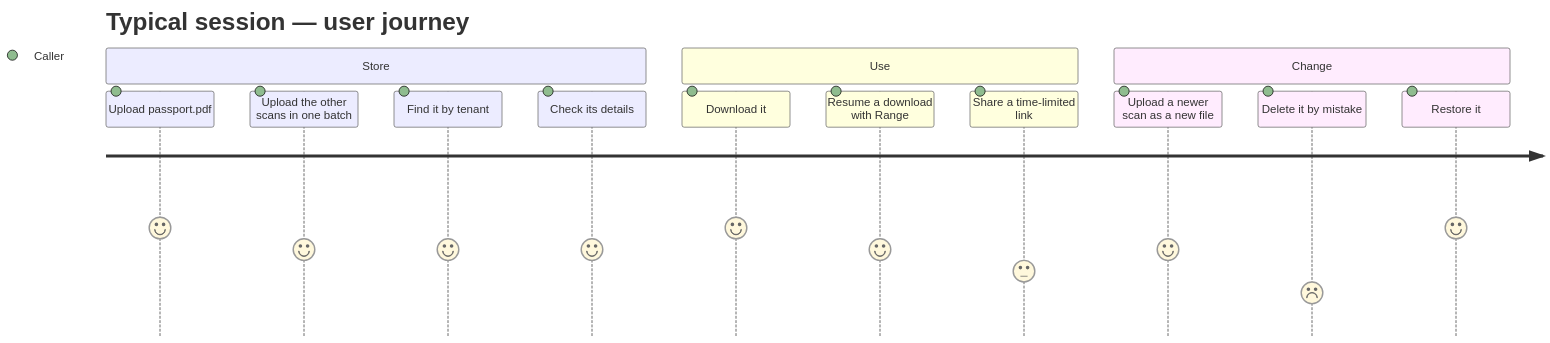
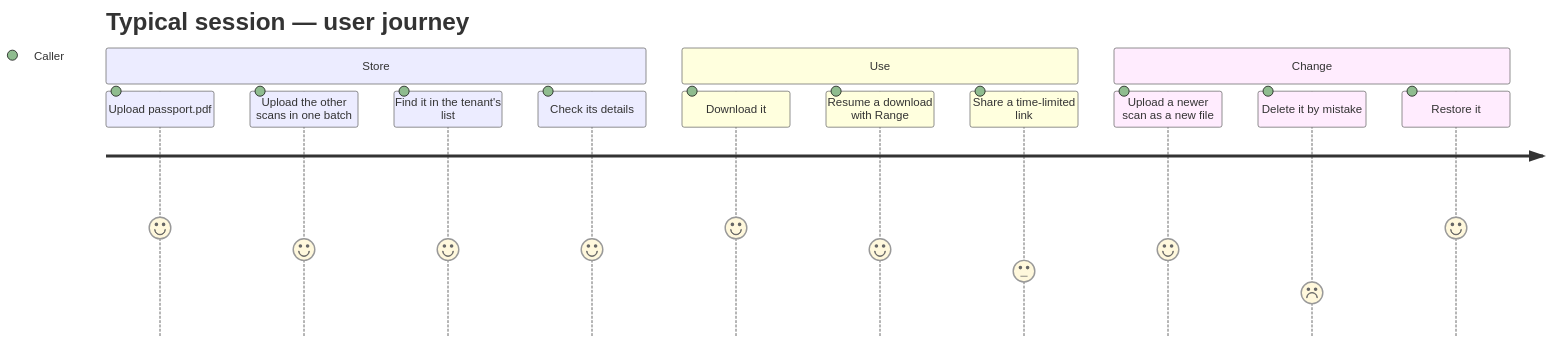
Diagram 12 of 12 in docs/user-flows.md (gmetskhvarishvili/GM.FileStorage.Samples), drawn with Mermaid before and after one commit. The commit also changed other lines of this file and 23 other files, not shown here.

First line of the commit message:
feat!: files belong to the caller's tenant, from GM's actor headers

````diff
--- a/docs/user-flows.md
+++ b/docs/user-flows.md
@@ -262,17 +269,17 @@
 ```mermaid
 journey
     title Typical session — user journey
     section Store
       Upload passport.pdf: 5: Caller
       Upload the other scans in one batch: 4: Caller
-      Find it by tenant: 4: Caller
+      Find it in the tenant's list: 4: Caller
       Check its details: 4: Caller
     section Use
       Download it: 5: Caller
       Resume a download with Range: 4: Caller
       Share a time-limited link: 3: Caller
     section Change
       Upload a newer scan as a new file: 4: Caller
       Delete it by mistake: 2: Caller
       Restore it: 5: Caller
 ```
````
